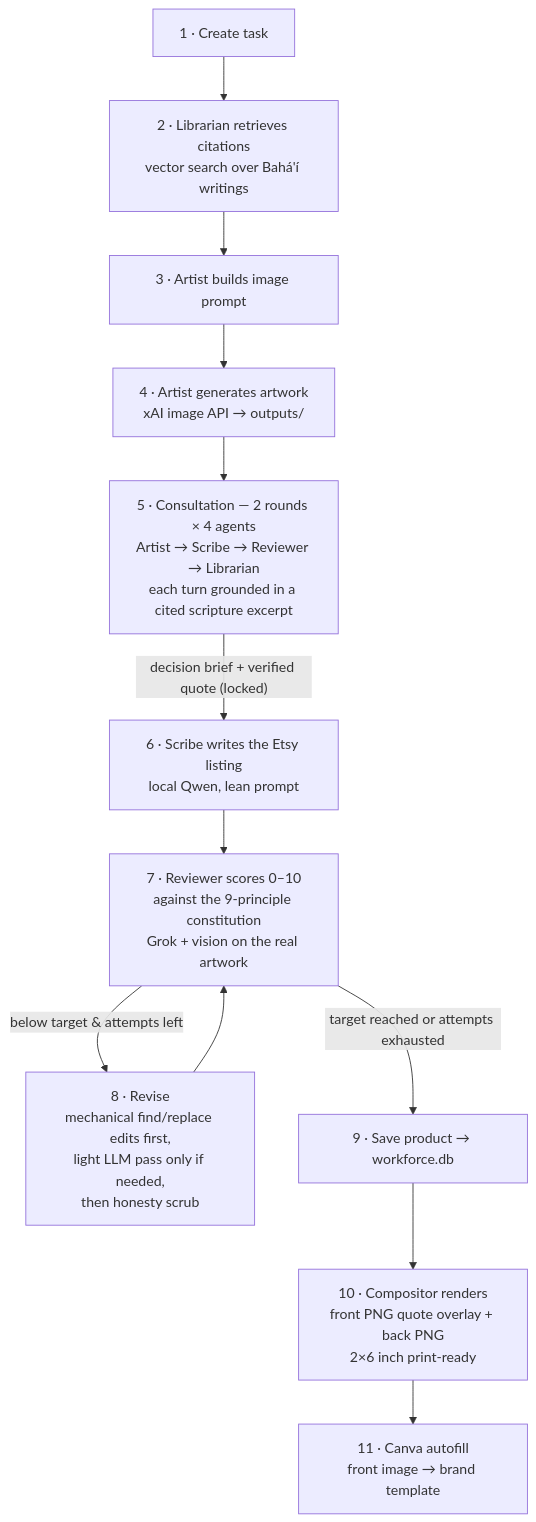
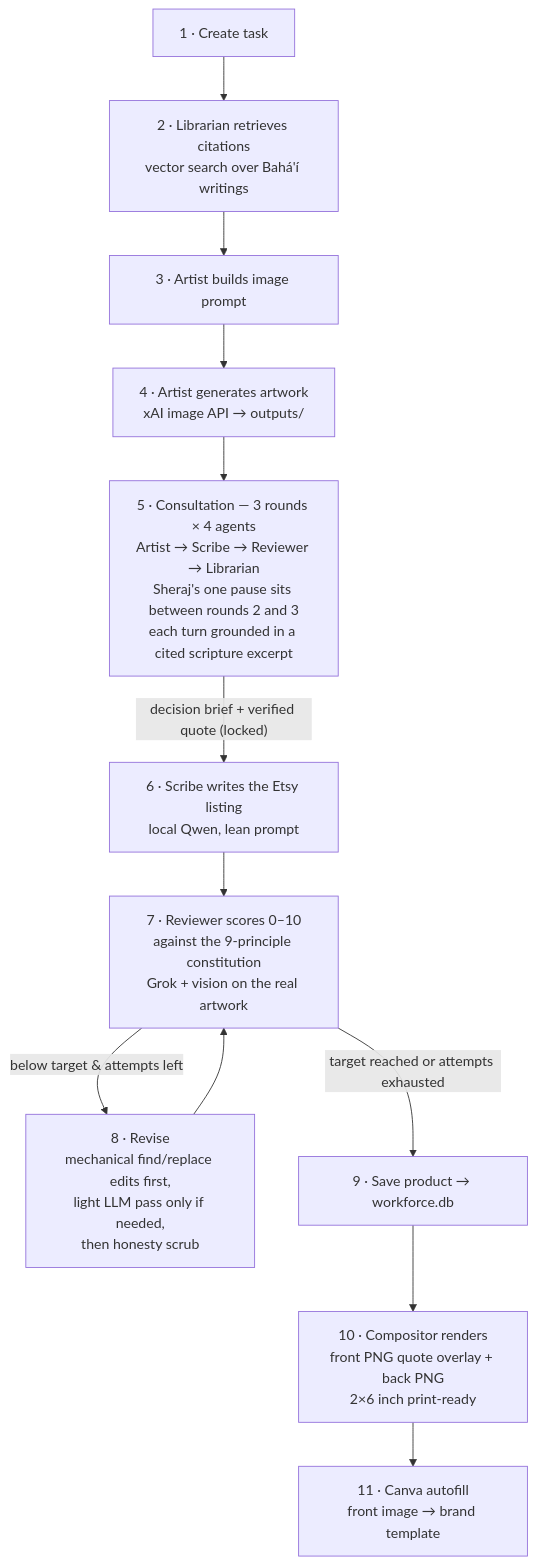
One commit to sherajr/bahAI-workforce changed the second of 4 diagrams in docs/ARCHITECTURE.md. Above: the diagram before and after it, drawn with Mermaid. The commit also changed other lines of this file and 20 other files, not shown here.

````diff
--- a/docs/ARCHITECTURE.md
+++ b/docs/ARCHITECTURE.md
@@ -25,14 +25,14 @@
 ```mermaid
 flowchart TD
     T[1 · Create task] --> L[2 · Librarian retrieves citations\nvector search over Bahá'í writings]
     L --> AB[3 · Artist builds image prompt]
     AB --> AG[4 · Artist generates artwork\nxAI image API → outputs/]
-    AG --> CON[5 · Consultation — 2 rounds × 4 agents\nArtist → Scribe → Reviewer → Librarian\neach turn grounded in a cited scripture excerpt]
+    AG --> CON[5 · Consultation — 3 rounds × 4 agents\nArtist → Scribe → Reviewer → Librarian\nSheraj's one pause sits between rounds 2 and 3\neach turn grounded in a cited scripture excerpt]
     CON -->|"decision brief + verified quote (locked)"| W[6 · Scribe writes the Etsy listing\nlocal Qwen, lean prompt]
     W --> S[7 · Reviewer scores 0–10\nagainst the 9-principle constitution\nGrok + vision on the real artwork]
     S -->|"below target & attempts left"| R[8 · Revise\nmechanical find/replace edits first,\nlight LLM pass only if needed,\nthen honesty scrub]
     R --> S
     S -->|"target reached or attempts exhausted"| P[9 · Save product → workforce.db]
     P --> CP[10 · Compositor renders\nfront PNG quote overlay + back PNG\n2×6 inch print-ready]
     CP --> CV[11 · Canva autofill\nfront image → brand template]
 ```
````
